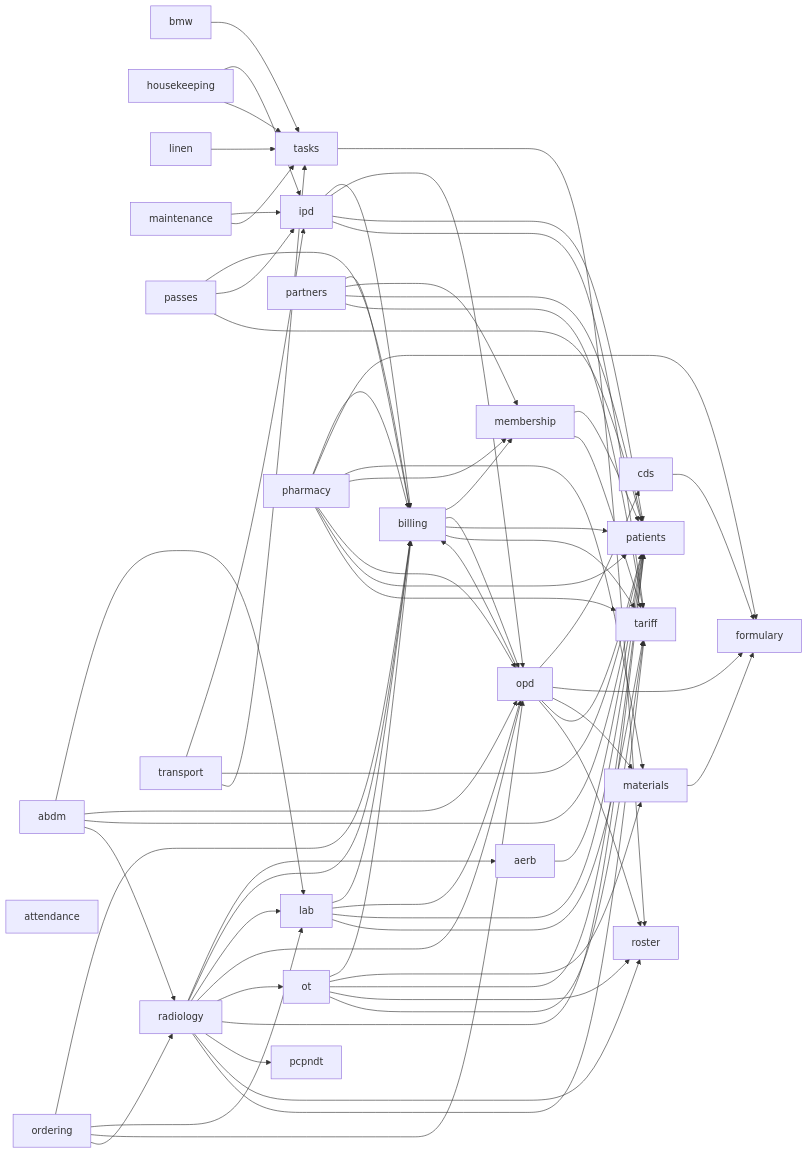
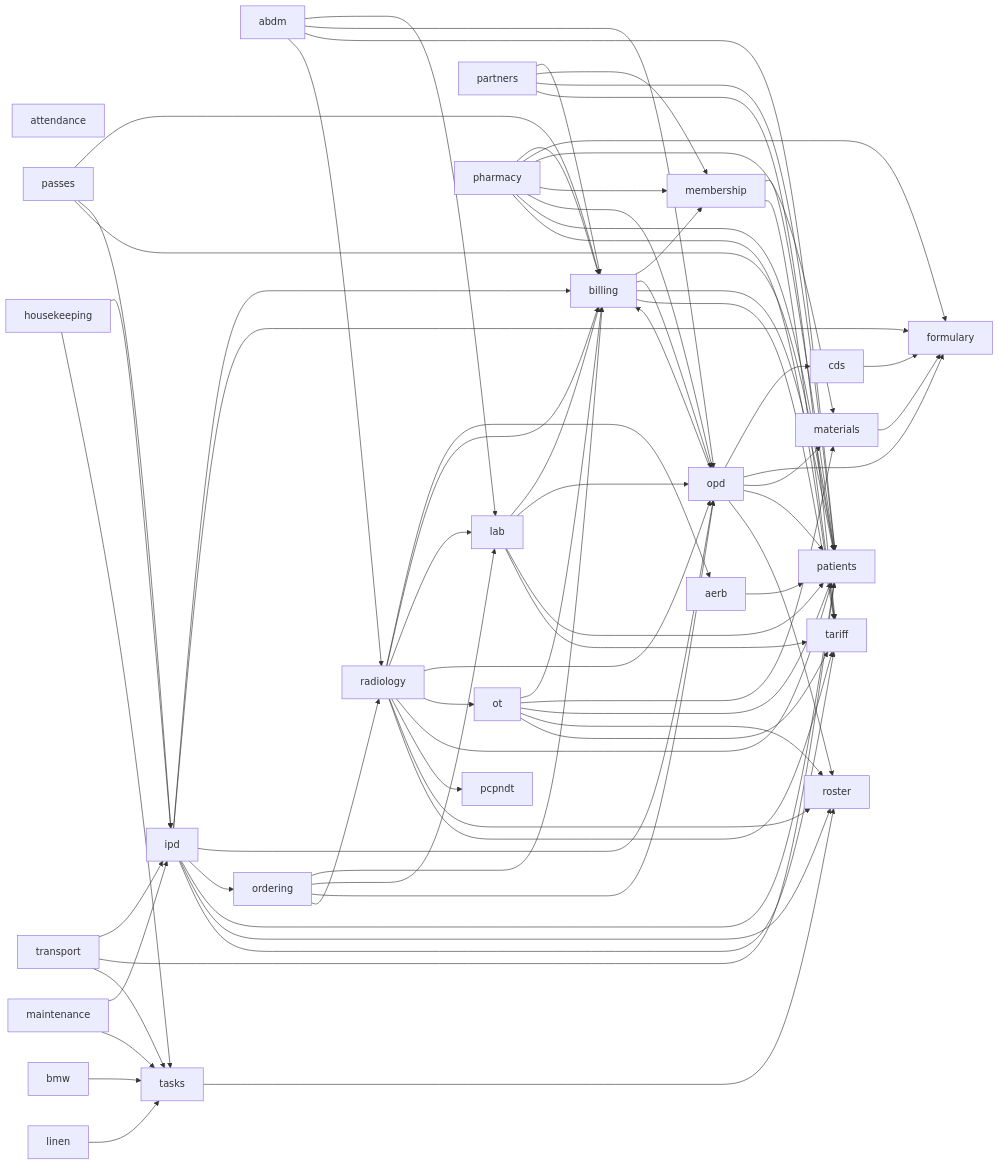
Before and after one commit to ankits3a/hims-hmis: the second of 2 diagrams in docs/architecture/README.md, drawn with Mermaid. The commit also changed other lines of this file and 47 other files, not shown here.

```diff
--- a/docs/architecture/README.md
+++ b/docs/architecture/README.md
@@ -71,8 +71,11 @@
   housekeeping --> ipd
   housekeeping --> tasks
   ipd --> billing
+  ipd --> formulary
   ipd --> opd
+  ipd --> ordering
   ipd --> patients
+  ipd --> roster
   ipd --> tariff
   lab --> billing
   lab --> opd
```
